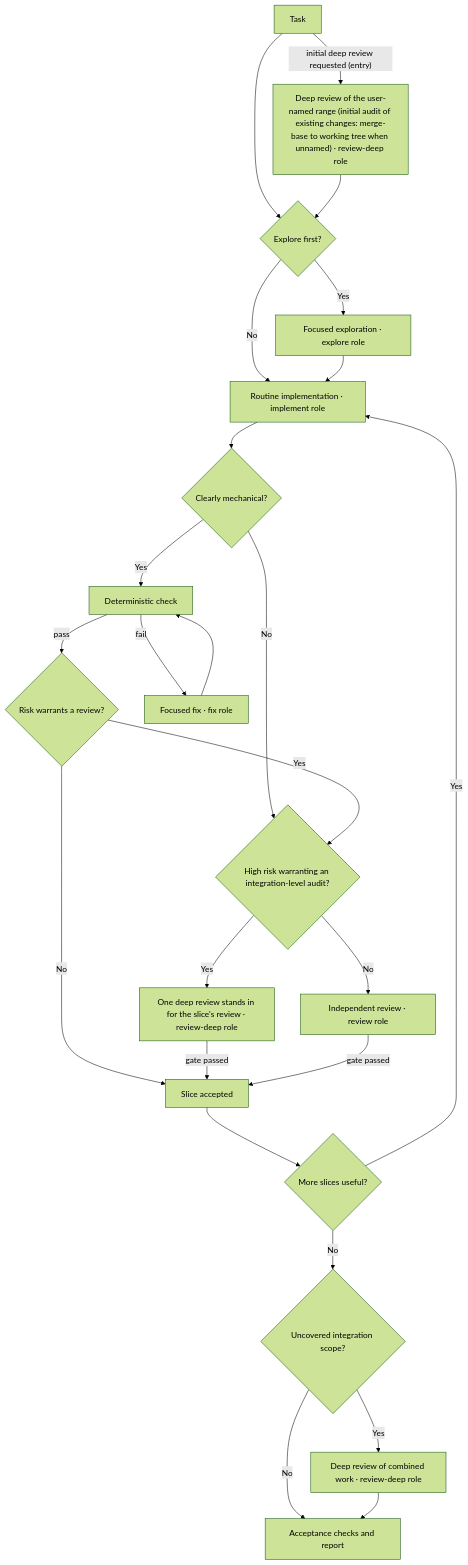
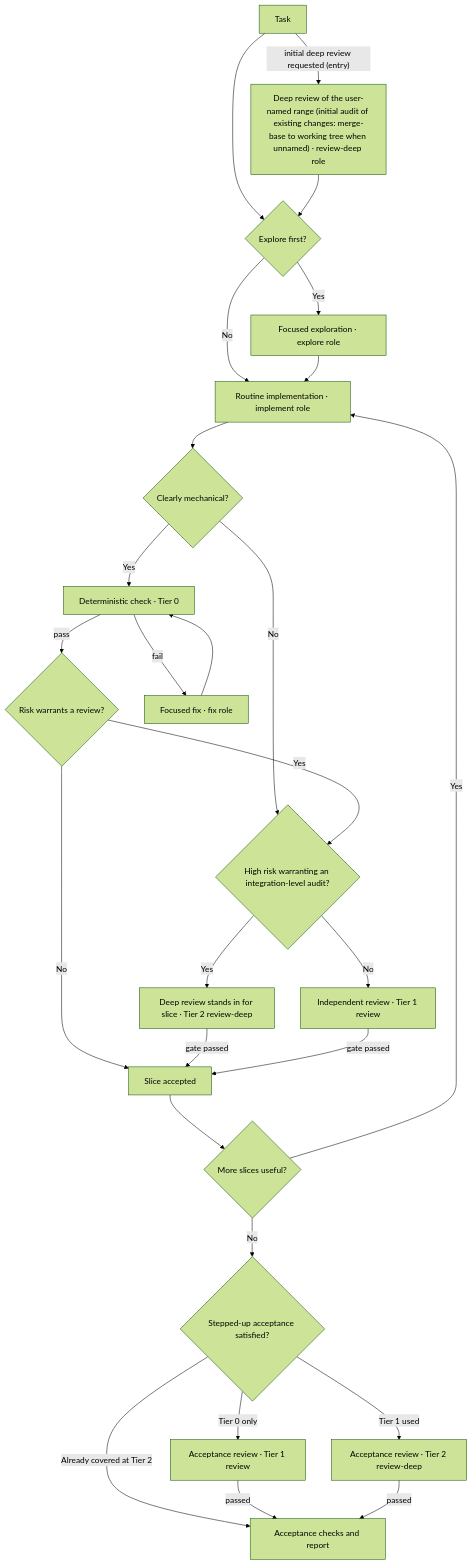
Before and after one commit to alefranz/AgenticAle: the first of 2 diagrams in docs/skills/work/index.md, drawn with Mermaid (forest theme). The commit also changed other lines of this file and 23 other files, not shown here.

````diff
--- a/docs/skills/work/index.md
+++ b/docs/skills/work/index.md
@@ -160,27 +164,29 @@
 ```mermaid
 flowchart TD
     Task[Task] --> ExploreNeeded{Explore first?}
     Task -->|"initial deep review requested (entry)"| NamedRangeAudit["Deep review of the user-named range (initial audit of existing changes: merge-base to working tree when unnamed) · review-deep role"]
     NamedRangeAudit --> ExploreNeeded
     ExploreNeeded -->|Yes| Explore[Focused exploration · explore role]
     ExploreNeeded -->|No| Implement[Routine implementation · implement role]
     Explore --> Implement
     Implement --> Mechanical{Clearly mechanical?}
-    Mechanical -->|Yes| DeterministicCheck[Deterministic check]
+    Mechanical -->|Yes| DeterministicCheck[Deterministic check · Tier 0]
     Mechanical -->|No| Level{High risk warranting an integration-level audit?}
-    Level -->|Yes| DeepSlice[One deep review stands in for the slice's review · review-deep role]
-    Level -->|No| Review[Independent review · review role]
+    Level -->|Yes| DeepSlice[Deep review stands in for slice · Tier 2 review-deep]
+    Level -->|No| Review[Independent review · Tier 1 review]
     DeterministicCheck -->|pass| RiskWarrants{Risk warrants a review?}
     DeterministicCheck -->|fail| FixCheck[Focused fix · fix role]
     FixCheck --> DeterministicCheck
     RiskWarrants -->|Yes| Level
     RiskWarrants -->|No| SliceAccepted[Slice accepted]
     DeepSlice -->|gate passed| SliceAccepted
     Review -->|gate passed| SliceAccepted
     SliceAccepted --> MoreSlices{More slices useful?}
     MoreSlices -->|Yes| Implement
-    MoreSlices -->|No| DeepReviewNeeded{Uncovered integration scope?}
-    DeepReviewNeeded -->|Yes| DeepReview[Deep review of combined work · review-deep role]
-    DeepReviewNeeded -->|No| Checks[Acceptance checks and report]
-    DeepReview --> Checks
+    MoreSlices -->|No| AcceptanceGate{Stepped-up acceptance satisfied?}
+    AcceptanceGate -->|Tier 0 only| AcceptReview[Acceptance review · Tier 1 review]
+    AcceptanceGate -->|Tier 1 used| AcceptDeep[Acceptance review · Tier 2 review-deep]
+    AcceptanceGate -->|Already covered at Tier 2| Checks[Acceptance checks and report]
+    AcceptReview -->|passed| Checks
+    AcceptDeep -->|passed| Checks
 ```
````
